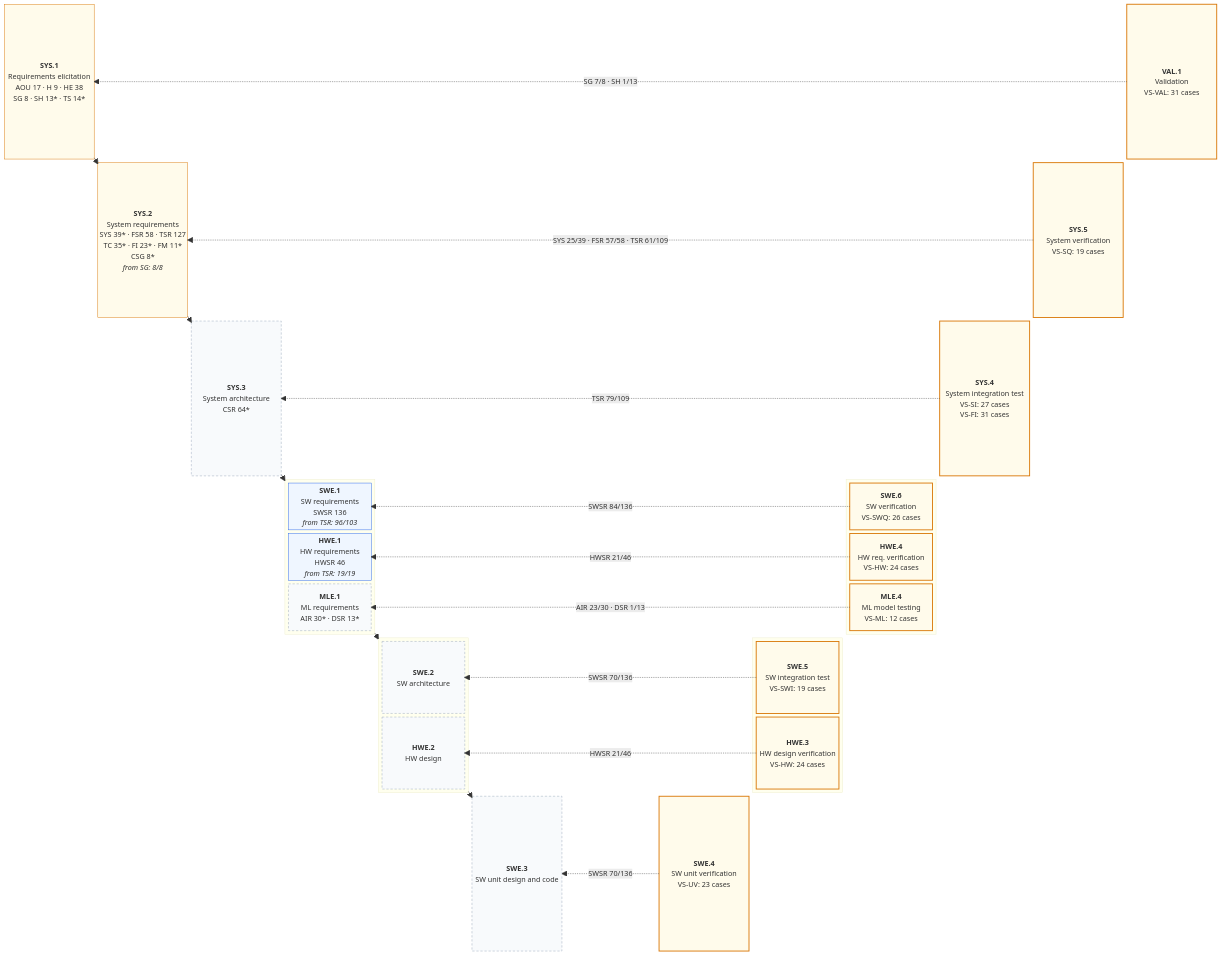
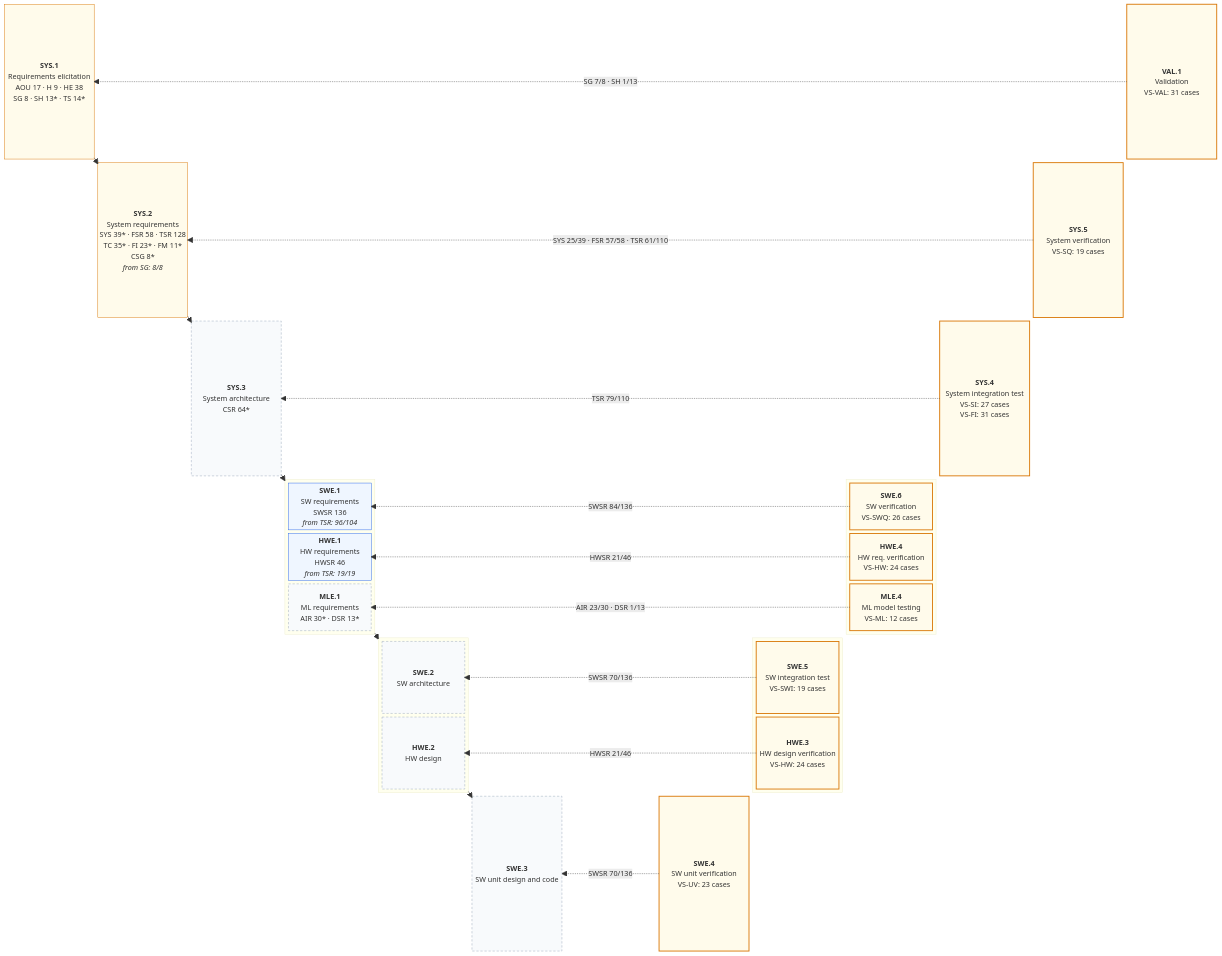
Before and after one commit to jherrodthomas/LionDriver: the first of 2 diagrams in assurance/trace/maps/aspice-trace-map.md, drawn with Mermaid. The commit also changed other lines of this file and 46 other files, not shown here.

First line of the commit message:
Requirements view: per-goal SG → FSR → TSR trees, FSR × TSR matrix and FSR/TSR lists; TSR-635 for FSR-08.01

```diff
--- a/assurance/trace/maps/aspice-trace-map.md
+++ b/assurance/trace/maps/aspice-trace-map.md
@@ -36,7 +36,7 @@
   space
   VAL1["<b>VAL.1</b><br/>Validation<br/>VS-VAL: 31 cases"]
   space
-  SYS2["<b>SYS.2</b><br/>System requirements<br/>SYS 39* · FSR 58 · TSR 127<br/>TC 35* · FI 23* · FM 11*<br/>CSG 8*<br/><i>from SG: 8/8</i>"]
+  SYS2["<b>SYS.2</b><br/>System requirements<br/>SYS 39* · FSR 58 · TSR 128<br/>TC 35* · FI 23* · FM 11*<br/>CSG 8*<br/><i>from SG: 8/8</i>"]
   space
   space
   space
@@ -66,7 +66,7 @@
   space
   block:L3
     columns 1
-    SWE1["<b>SWE.1</b><br/>SW requirements<br/>SWSR 136<br/><i>from TSR: 96/103</i>"]
+    SWE1["<b>SWE.1</b><br/>SW requirements<br/>SWSR 136<br/><i>from TSR: 96/104</i>"]
     HWE1["<b>HWE.1</b><br/>HW requirements<br/>HWSR 46<br/><i>from TSR: 19/19</i>"]
     MLE1["<b>MLE.1</b><br/>ML requirements<br/>AIR 30* · DSR 13*"]
   end
@@ -124,8 +124,8 @@
   L3 --> L4
   L4 --> SWE3
   VAL1 -. "SG 7/8 · SH 1/13" .-> SYS1
-  SYS5 -. "SYS 25/39 · FSR 57/58 · TSR 61/109" .-> SYS2
-  SYS4 -. "TSR 79/109" .-> SYS3
+  SYS5 -. "SYS 25/39 · FSR 57/58 · TSR 61/110" .-> SYS2
+  SYS4 -. "TSR 79/110" .-> SYS3
   SWE6 -. "SWSR 84/136" .-> SWE1
   HWE4 -. "HWSR 21/46" .-> HWE1
   MLE4 -. "AIR 23/30 · DSR 1/13" .-> MLE1
```
